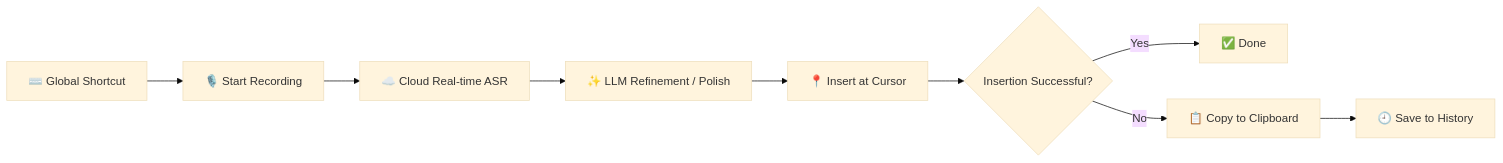
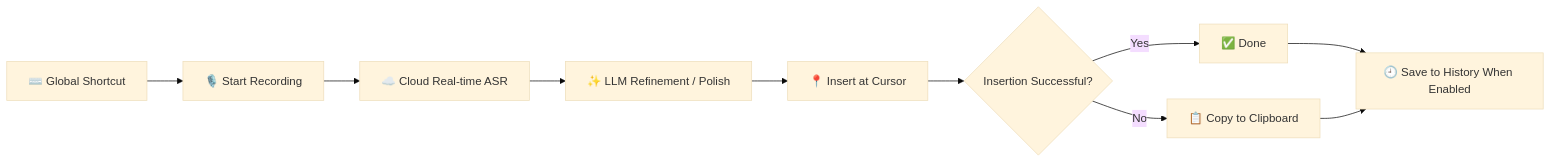
Before and after one commit to EthanYoQ/whisper-input: the first of 5 diagrams in README.en.md, drawn with Mermaid (base theme). The commit also changed other lines of this file and 49 other files, not shown here.

````diff
--- a/README.en.md
+++ b/README.en.md
@@ -61,11 +61,12 @@
 ```mermaid
 flowchart LR
   A["⌨️ Global Shortcut"] --> B["🎙️ Start Recording"]
   B --> C["☁️ Cloud Real-time ASR"]
   C --> D["✨ LLM Refinement / Polish"]
   D --> E["📍 Insert at Cursor"]
   E --> F{"Insertion Successful?"}
   F -->|Yes| G["✅ Done"]
   F -->|No| H["📋 Copy to Clipboard"]
-  H --> I["🕘 Save to History"]
+  G --> I["🕘 Save to History When Enabled"]
+  H --> I
 ```
````
